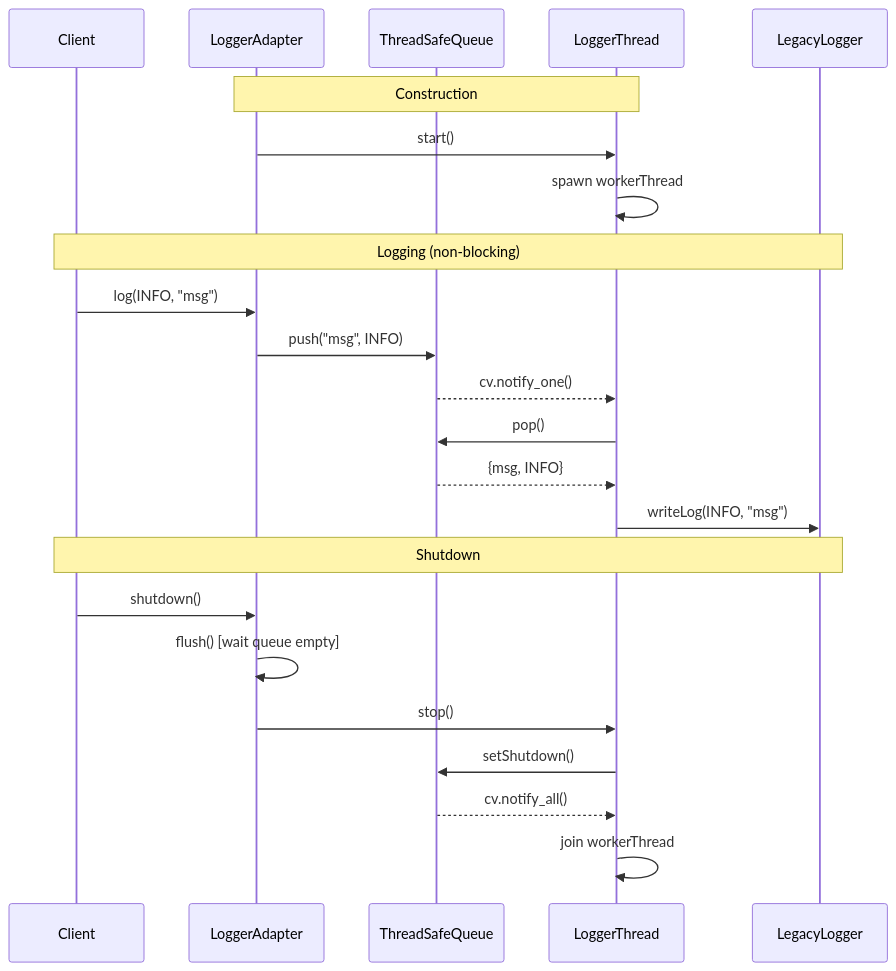
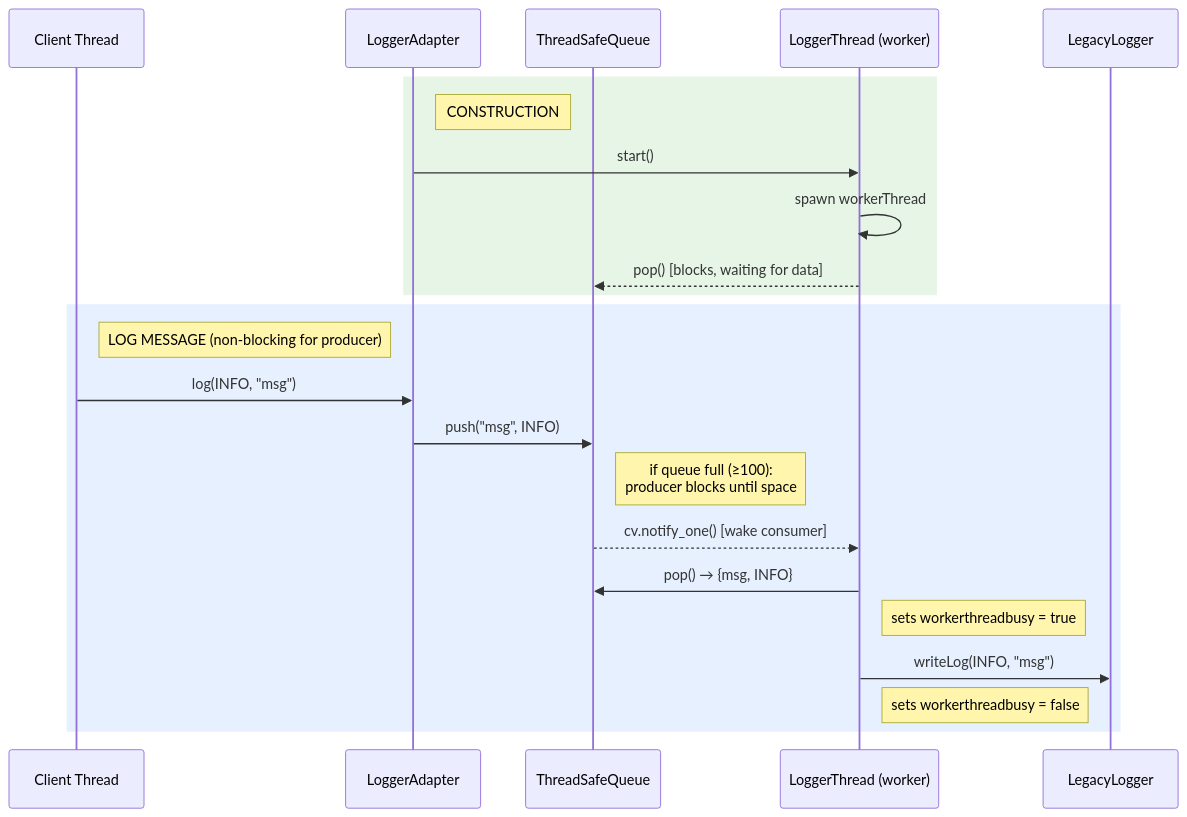
One commit to Pavan-Learning/my_cpp_program changed the second of 3 diagrams in Design_patterns/Design_pattern_project/Design_doc/Thread_Safe_Logger_Design.md. Above: the diagram before and after it, drawn with Mermaid. The commit also changed other lines of this file, not shown here.

````diff
--- a/Design_patterns/Design_pattern_project/Design_doc/Thread_Safe_Logger_Design.md
+++ b/Design_patterns/Design_pattern_project/Design_doc/Thread_Safe_Logger_Design.md
@@ -112,28 +138,27 @@
 ```mermaid
 sequenceDiagram
-    participant Client
-    participant LoggerAdapter
-    participant ThreadSafeQueue
-    participant LoggerThread
-    participant LegacyLogger
+    participant C as Client Thread
+    participant LA as LoggerAdapter
+    participant Q as ThreadSafeQueue
+    participant LT as LoggerThread (worker)
+    participant LL as LegacyLogger
 
-    Note over LoggerAdapter,LoggerThread: Construction
-    LoggerAdapter->>LoggerThread: start()
-    LoggerThread->>LoggerThread: spawn workerThread
+    rect rgb(230, 245, 230)
+    Note right of LA: CONSTRUCTION
+    LA->>LT: start()
+    LT->>LT: spawn workerThread
+    LT-->>Q: pop() [blocks, waiting for data]
+    end
 
-    Note over Client,LegacyLogger: Logging (non-blocking)
-    Client->>LoggerAdapter: log(INFO, "msg")
-    LoggerAdapter->>ThreadSafeQueue: push("msg", INFO)
-    ThreadSafeQueue-->>LoggerThread: cv.notify_one()
-    LoggerThread->>ThreadSafeQueue: pop()
-    ThreadSafeQueue-->>LoggerThread: {msg, INFO}
-    LoggerThread->>LegacyLogger: writeLog(INFO, "msg")
-
-    Note over Client,LegacyLogger: Shutdown
-    Client->>LoggerAdapter: shutdown()
-    LoggerAdapter->>LoggerAdapter: flush() [wait queue empty]
-    LoggerAdapter->>LoggerThread: stop()
-    LoggerThread->>ThreadSafeQueue: setShutdown()
-    ThreadSafeQueue-->>LoggerThread: cv.notify_all()
-    LoggerThread->>LoggerThread: join workerThread
+    rect rgb(230, 240, 255)
+    Note right of C: LOG MESSAGE (non-blocking for producer)
+    C->>LA: log(INFO, "msg")
+    LA->>Q: push("msg", INFO)
+    Note right of Q: if queue full (≥100):<br/>producer blocks until space
+    Q-->>LT: cv.notify_one() [wake consumer]
+    LT->>Q: pop() → {msg, INFO}
+    Note right of LT: sets workerthreadbusy = true
+    LT->>LL: writeLog(INFO, "msg")
+    Note right of LT: sets workerthreadbusy = false
+    end
 ```
````
